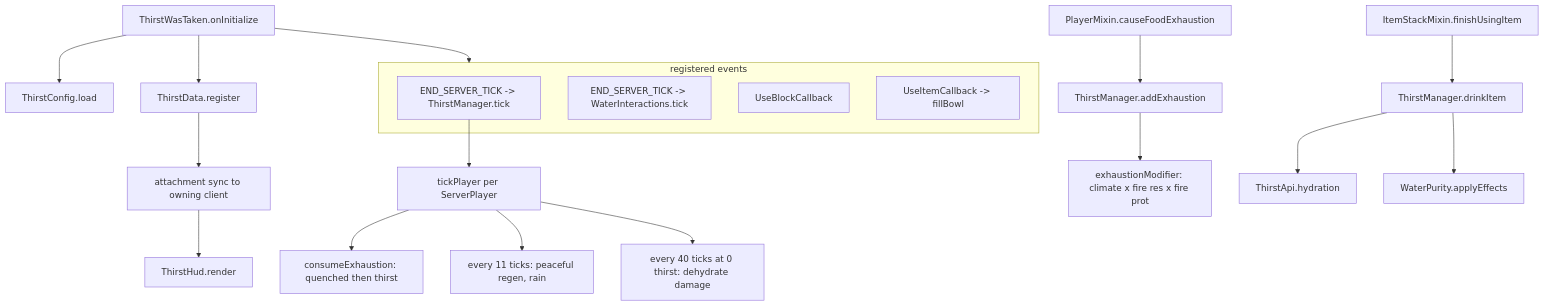
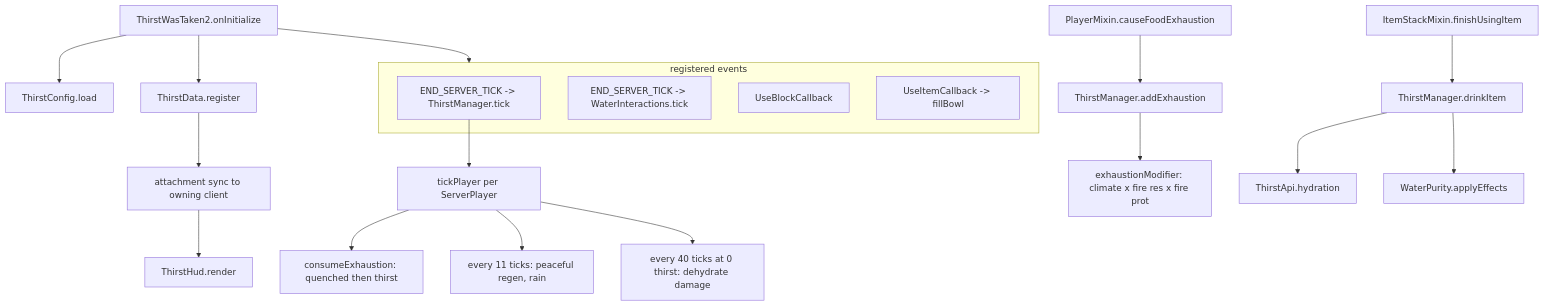
One commit to Nighterezi/ThirstWasTaken2 changed the diagram in CODEMAP.md. Above: the diagram before and after it, drawn with Mermaid. The commit also changed other lines of this file and 187 other files, not shown here.

Commit message:
Rename project to ThirstWasTaken2 and update related identifiers across files

````diff
--- a/CODEMAP.md
+++ b/CODEMAP.md
@@ -42,28 +42,28 @@
 ```mermaid
 flowchart TD
-    Init[ThirstWasTaken.onInitialize] --> Cfg[ThirstConfig.load]
+    Init[ThirstWasTaken2.onInitialize] --> Cfg[ThirstConfig.load]
     Init --> Attach[ThirstData.register]
     Init --> Events
 
     subgraph Events [registered events]
       Tick[END_SERVER_TICK -> ThirstManager.tick]
       Flush[END_SERVER_TICK -> WaterInteractions.tick]
       UseBlock[UseBlockCallback]
       UseItem[UseItemCallback -> fillBowl]
     end
 
     Tick --> TickPlayer[tickPlayer per ServerPlayer]
     TickPlayer --> Consume[consumeExhaustion: quenched then thirst]
     TickPlayer --> Slow[every 11 ticks: peaceful regen, rain]
     TickPlayer --> Dmg[every 40 ticks at 0 thirst: dehydrate damage]
 
     Exh[PlayerMixin.causeFoodExhaustion] --> AddExh[ThirstManager.addExhaustion]
     AddExh --> Mod[exhaustionModifier: climate x fire res x fire prot]
 
     Eat[ItemStackMixin.finishUsingItem] --> DrinkItem[ThirstManager.drinkItem]
     DrinkItem --> Api[ThirstApi.hydration]
     DrinkItem --> Effects[WaterPurity.applyEffects]
 
     Attach --> Sync[attachment sync to owning client]
     Sync --> Hud[ThirstHud.render]
 ```
````
